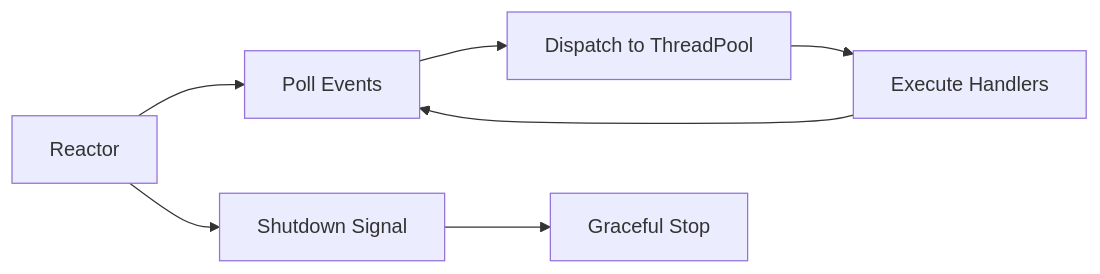
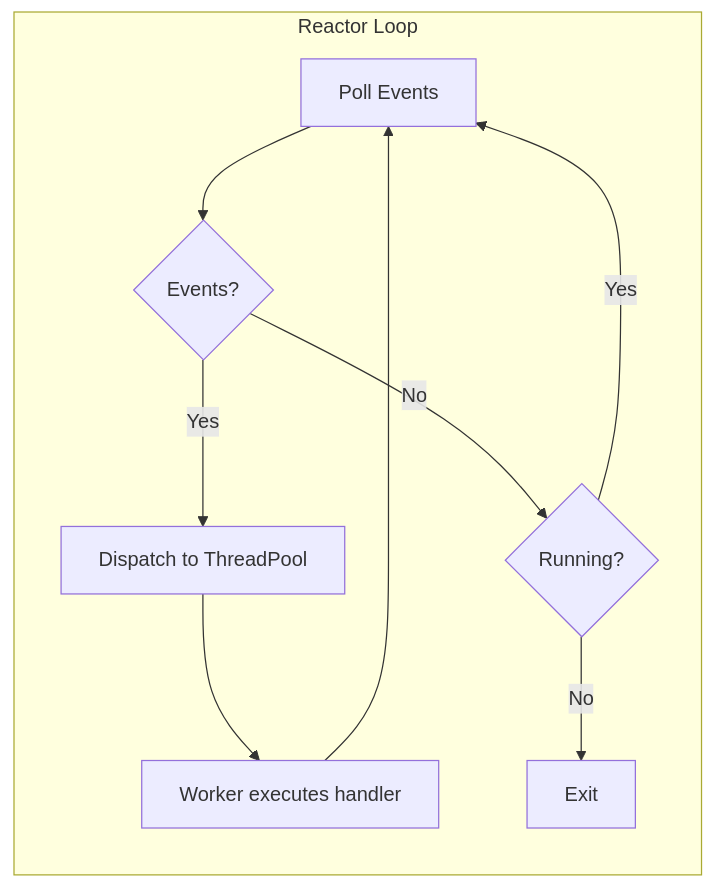
One commit to citadel-tech/Event-Loop changed the second of 8 diagrams in docs/Arch.md. Above: the diagram before and after it, drawn with Mermaid. The commit also changed other lines of this file, not shown here.

Commit message:
docs: enhance architecture documentation with detailed flowcharts and component descriptions

````diff
--- a/docs/Arch.md
+++ b/docs/Arch.md
@@ -56,10 +68,12 @@
 ```mermaid
 flowchart LR
-    A[Reactor] --> B[Poll Events]
-    B --> C[Dispatch to ThreadPool]
-    C --> D[Execute Handlers]
-    D --> B
-    
-    A --> E[Shutdown Signal]
-    E --> F[Graceful Stop]
+    subgraph Reactor Loop
+        A[Poll Events] --> B{Events?}
+        B -->|Yes| C[Dispatch to ThreadPool]
+        C --> D[Worker executes handler]
+        D --> A
+        B -->|No| E{Running?}
+        E -->|Yes| A
+        E -->|No| F[Exit]
+    end
 ```
````
